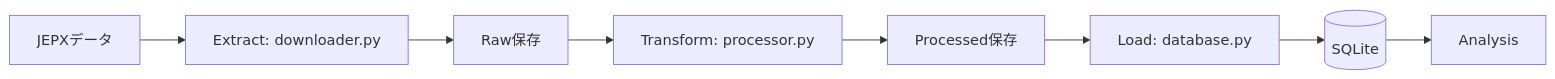
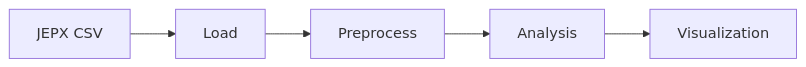
One commit to banzai80311315/jepx-data-analytics-platform changed the fourth of 9 diagrams in README.md. Above: the diagram before and after it, drawn with Mermaid. The commit also changed other lines of this file, not shown here.

````diff
--- a/README.md
+++ b/README.md
@@ -110,10 +119,7 @@
 ```mermaid
 flowchart LR
-    A[JEPXデータ] --> B[Extract: downloader.py]
-    B --> C[Raw保存]
-    C --> D[Transform: processor.py]
-    D --> E[Processed保存]
-    E --> F[Load: database.py]
-    F --> G[(SQLite)]
-    G --> H[Analysis]
+    A[JEPX CSV] --> B[Load]
+    B --> C[Preprocess]
+    C --> D[Analysis]
+    D --> E[Visualization]
 ```
````
